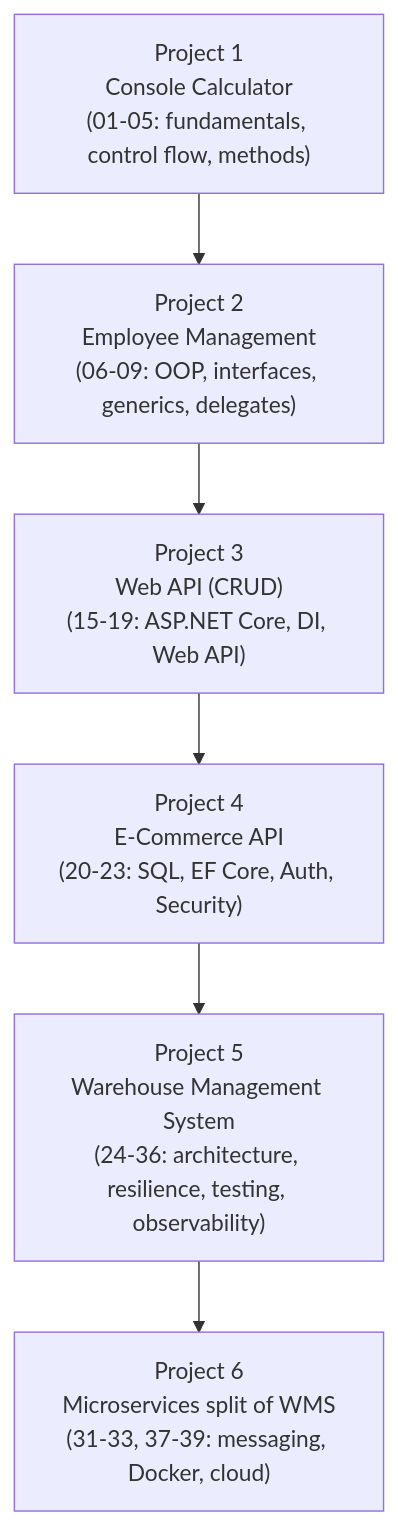
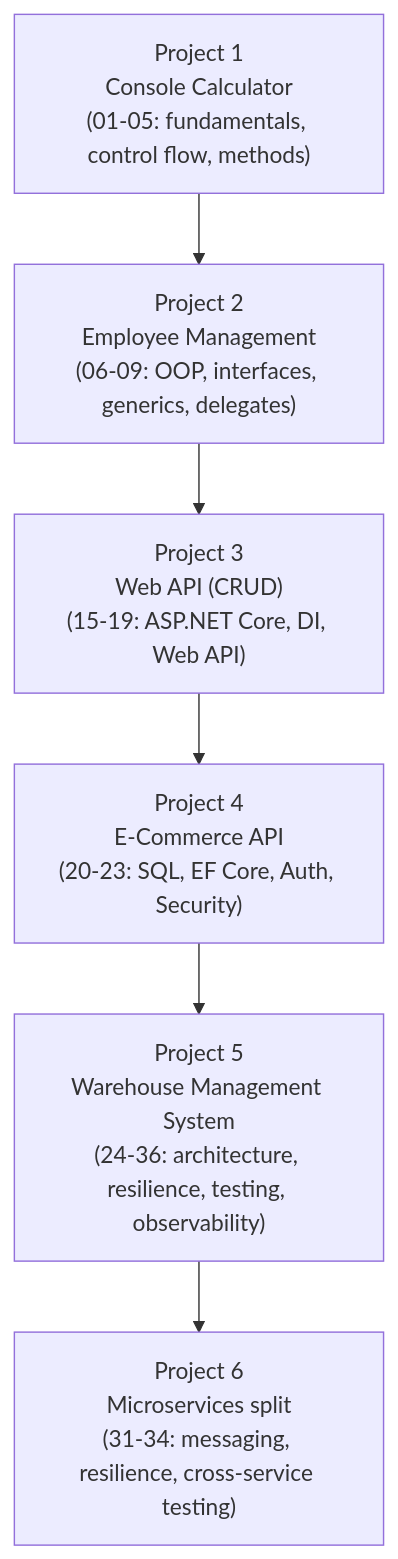
One commit to Nasirsayyed/C-and-.net-end-to-end-learning- changed the diagram in 40-Projects/README.md. Above: the diagram before and after it, drawn with Mermaid. The commit also changed other lines of this file and 34 other files, not shown here.

First line of the commit message:
Add buildable, tested Project 6: Microservices split (Orders + Notifications)

````diff
--- a/40-Projects/README.md
+++ b/40-Projects/README.md
@@ -5,11 +11,11 @@
 ```mermaid
 flowchart TD
     P1["Project 1\nConsole Calculator\n(01-05: fundamentals, control flow, methods)"]
     P2["Project 2\nEmployee Management\n(06-09: OOP, interfaces, generics, delegates)"]
     P3["Project 3\nWeb API (CRUD)\n(15-19: ASP.NET Core, DI, Web API)"]
     P4["Project 4\nE-Commerce API\n(20-23: SQL, EF Core, Auth, Security)"]
     P5["Project 5\nWarehouse Management System\n(24-36: architecture, resilience, testing, observability)"]
-    P6["Project 6\nMicroservices split of WMS\n(31-33, 37-39: messaging, Docker, cloud)"]
+    P6["Project 6\nMicroservices split\n(31-34: messaging, resilience, cross-service testing)"]
 
     P1 --> P2 --> P3 --> P4 --> P5 --> P6
 ```
````
